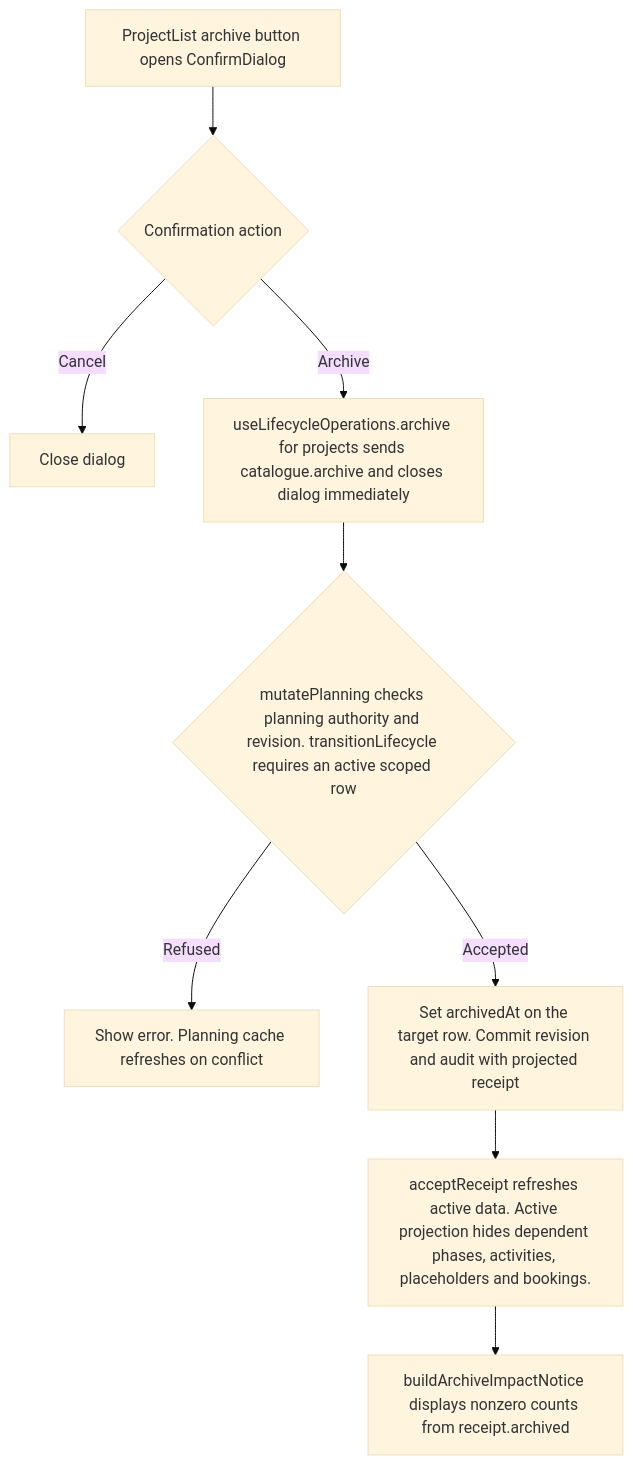
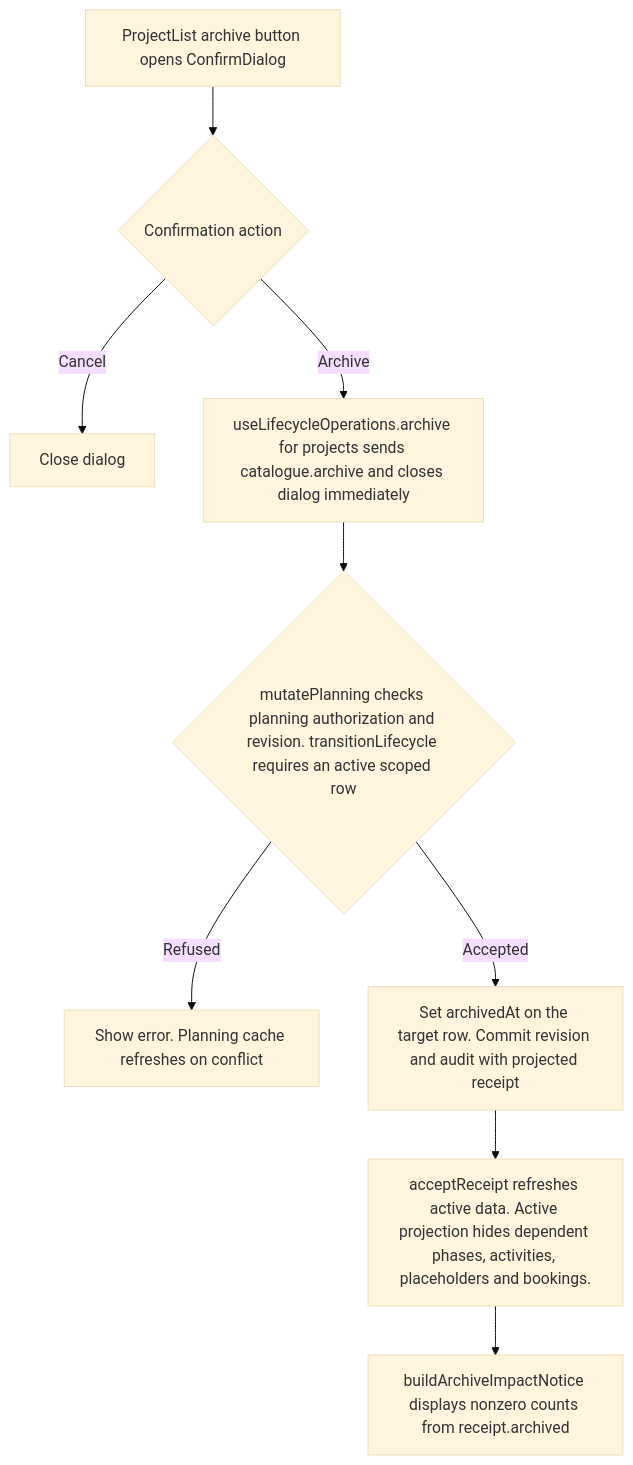
The second of 2 diagrams in user-stories/projects/US-PRJ-03-archive-project.md (Kevinjohn/capacitylens), drawn with Mermaid (base theme) before and after one commit. The commit also changed 28 other files, not shown here.

````diff
--- a/user-stories/projects/US-PRJ-03-archive-project.md
+++ b/user-stories/projects/US-PRJ-03-archive-project.md
@@ -30,11 +30,11 @@
 ```mermaid
 flowchart TD
   ENTRY["ProjectList archive button opens ConfirmDialog"] --> CHOICE{"Confirmation action"}
   CHOICE -->|Cancel| CLOSE["Close dialog"]
   CHOICE -->|Archive| SEND["useLifecycleOperations.archive for projects sends catalogue.archive and closes dialog immediately"]
-  SEND --> SERVER{"mutatePlanning checks planning authority and revision. transitionLifecycle requires an active scoped row"}
+  SEND --> SERVER{"mutatePlanning checks planning authorization and revision. transitionLifecycle requires an active scoped row"}
   SERVER -->|Refused| ERROR["Show error. Planning cache refreshes on conflict"]
   SERVER -->|Accepted| WRITE["Set archivedAt on the target row. Commit revision and audit with projected receipt"]
   WRITE --> NEXT["acceptReceipt refreshes active data. Active projection hides dependent phases, activities, placeholders and bookings."]
   NEXT --> IMPACT["buildArchiveImpactNotice displays nonzero counts from receipt.archived"]
 ```
````
